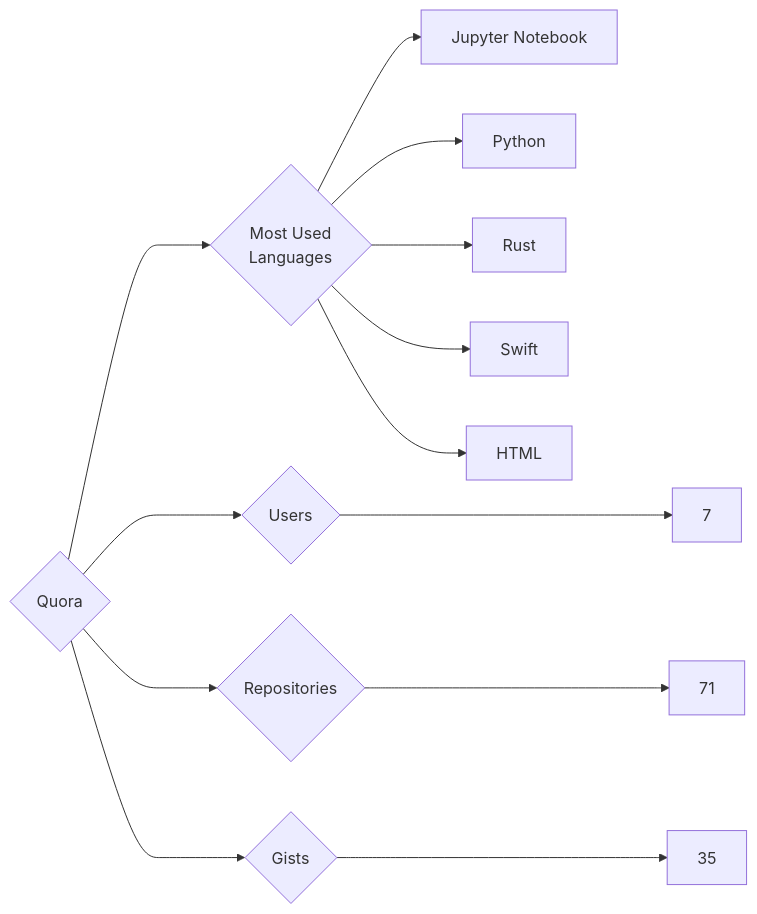
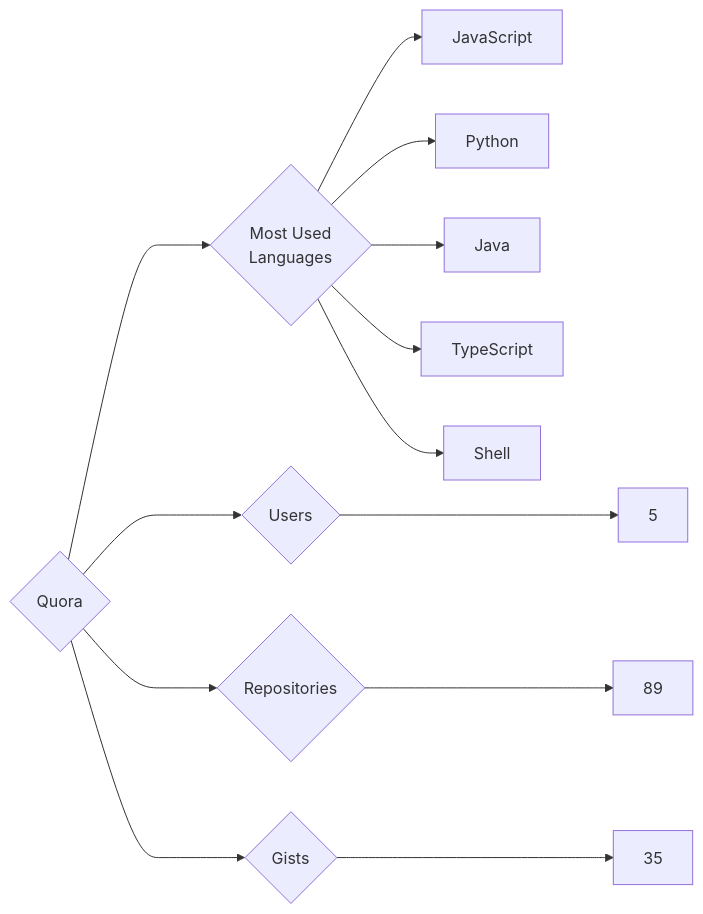
The diagram in targets/Quora/README.md (trickest/insiders), drawn with Mermaid before and after one commit. The commit also changed 1248 other files, not shown here.

````diff
--- a/targets/Quora/README.md
+++ b/targets/Quora/README.md
@@ -3,13 +3,13 @@
 ```mermaid
 graph LR
 COMPANY_NAME{Quora}
-COMPANY_NAME ---> U{Users} ---> UN[7]
-COMPANY_NAME ---> R{Repositories} ---> RN[71]
+COMPANY_NAME ---> U{Users} ---> UN[5]
+COMPANY_NAME ---> R{Repositories} ---> RN[89]
 COMPANY_NAME ---> G{Gists} ---> GN[35]
 COMPANY_NAME ---> ML{Most Used<br>Languages}
-ML --> Jupyter_Notebook[Jupyter Notebook]
+ML --> JavaScript[JavaScript]
 ML --> Python[Python]
-ML --> Rust[Rust]
-ML --> Swift[Swift]
-ML --> HTML[HTML]
+ML --> Java[Java]
+ML --> TypeScript[TypeScript]
+ML --> Shell[Shell]
 ```
````
